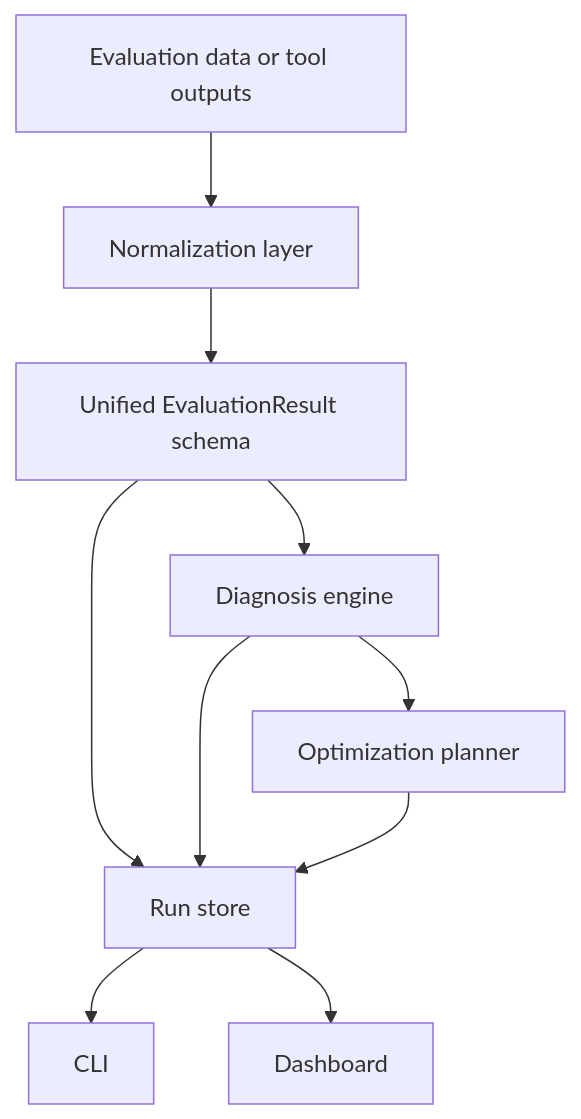
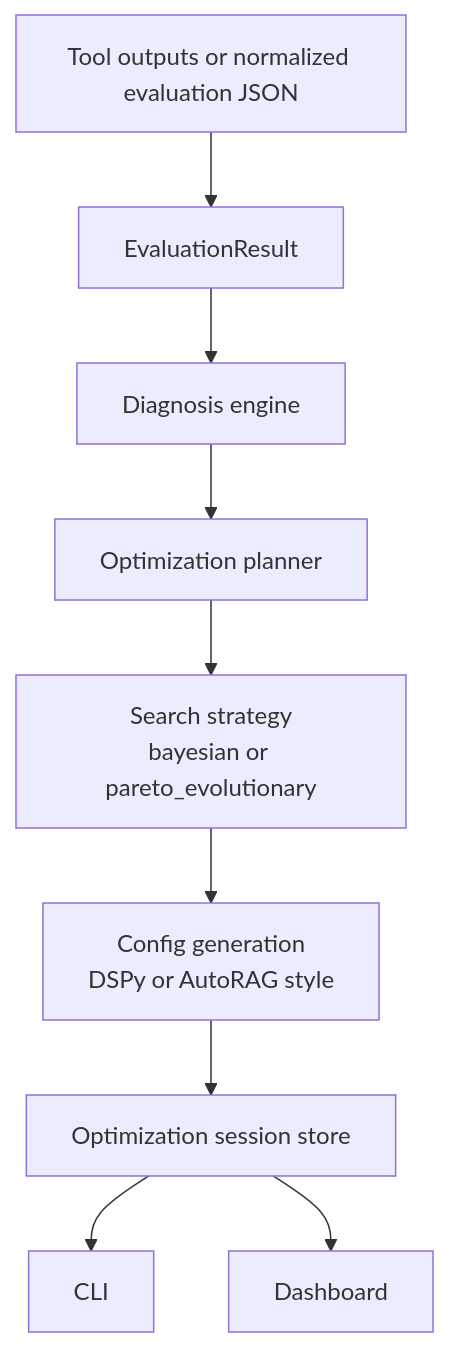
Before and after one commit to junxu-ai/RAGdx: the diagram in README.md, drawn with Mermaid. The commit also changed other lines of this file and 96 other files, not shown here.

````diff
--- a/README.md
+++ b/README.md
@@ -71,12 +40,11 @@
 ```mermaid
 flowchart TD
-    A[Evaluation data or tool outputs] --> B[Normalization layer]
-    B --> C[Unified EvaluationResult schema]
-    C --> D[Diagnosis engine]
-    D --> E[Optimization planner]
-    C --> F[Run store]
-    D --> F
-    E --> F
-    F --> G[CLI]
-    F --> H[Dashboard]
+    A[Tool outputs or normalized evaluation JSON] --> B[EvaluationResult]
+    B --> C[Diagnosis engine]
+    C --> D[Optimization planner]
+    D --> E[Search strategy<br>bayesian or pareto_evolutionary]
+    E --> F[Config generation<br>DSPy or AutoRAG style]
+    F --> G[Optimization session store]
+    G --> H[CLI]
+    G --> I[Dashboard]
 ```
````
